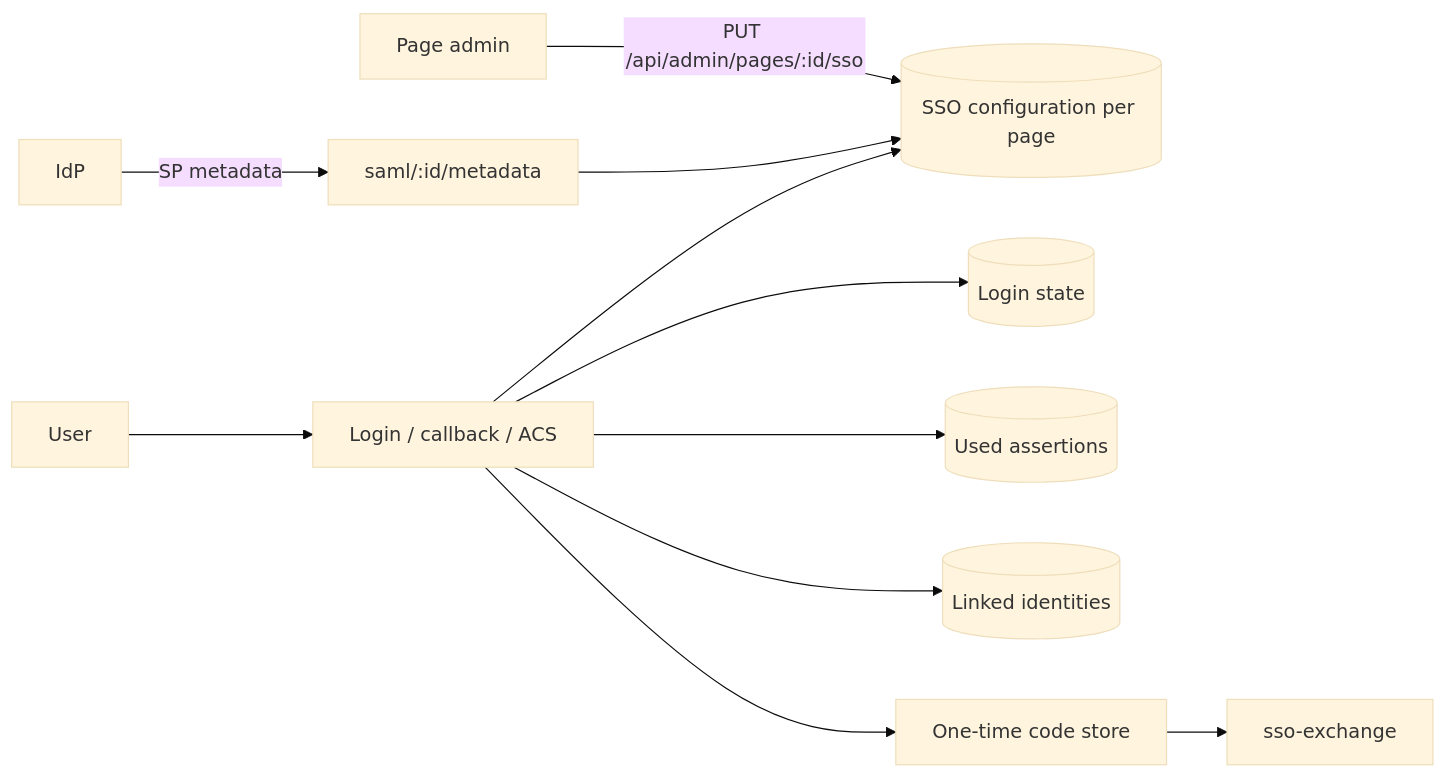
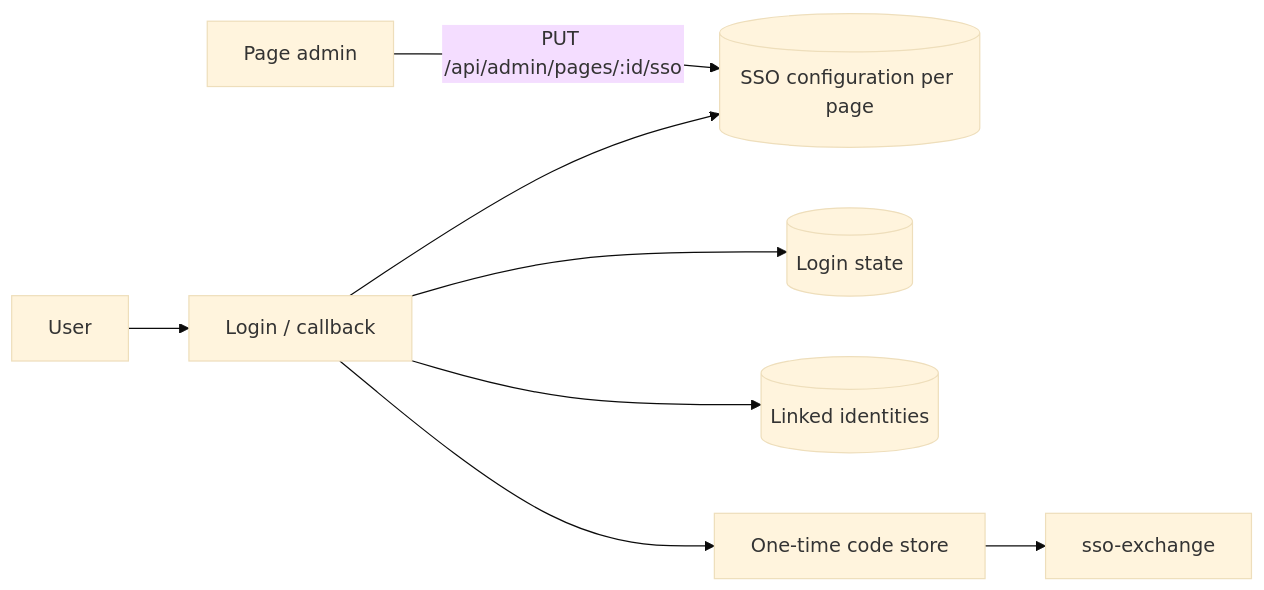
Before and after one commit to FrAigner/statushafen: the third of 3 diagrams in docs/sso/en/architecture.md, drawn with Mermaid (base theme). The commit also changed other lines of this file and 73 other files, not shown here.

````diff
--- a/docs/sso/en/architecture.md
+++ b/docs/sso/en/architecture.md
@@ -87,13 +60,10 @@
 ```mermaid
 flowchart LR
     A[Page admin] -->|PUT /api/admin/pages/:id/sso| C[(SSO configuration per page)]
-    U[User] --> L[Login / callback / ACS]
-    I[IdP] -->|SP metadata| M[saml/:id/metadata]
-    M --> C
+    U[User] --> L[Login / callback]
     L --> C
     L --> D[(Login state)]
-    L --> R[(Used assertions)]
     L --> K[(Linked identities)]
     L --> X[One-time code store]
     X --> E[sso-exchange]
 ```
````
